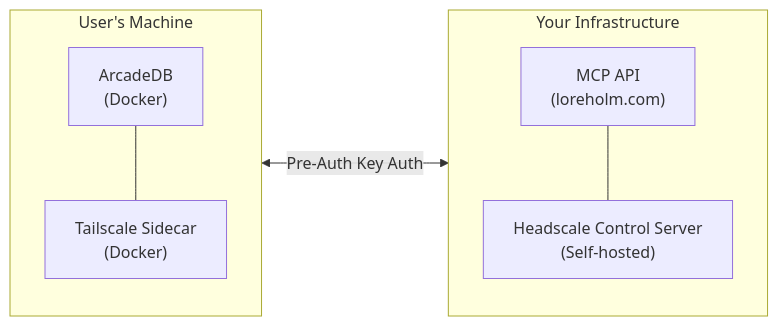
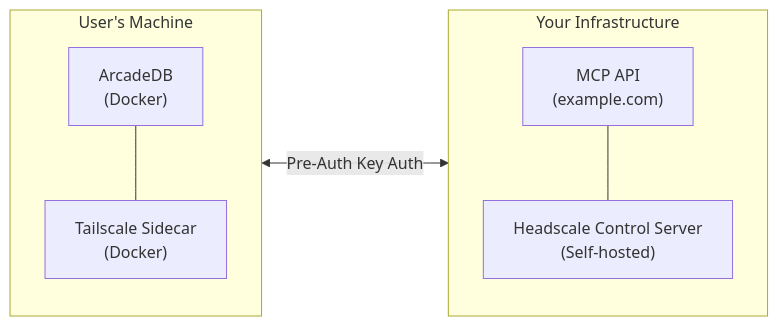
One commit to Loreholm/Loreholm changed the diagram in docs/09_HeadscaleSetup.md. Above: the diagram before and after it, drawn with Mermaid. The commit also changed 10 other files, not shown here.

````diff
--- a/docs/09_HeadscaleSetup.md
+++ b/docs/09_HeadscaleSetup.md
@@ -124,16 +124,16 @@
 ```mermaid
 flowchart LR
     subgraph user["User's Machine"]
         direction TB
         arcade["ArcadeDB<br/>(Docker)"]
         ts["Tailscale Sidecar<br/>(Docker)"]
         arcade --- ts
     end
     subgraph infra["Your Infrastructure"]
         direction TB
-        api["MCP API<br/>(loreholm.com)"]
+        api["MCP API<br/>(example.com)"]
         hs["Headscale Control Server<br/>(Self-hosted)"]
         api --- hs
     end
     ts <-->|"Pre-Auth Key Auth"| hs
 ```
````
